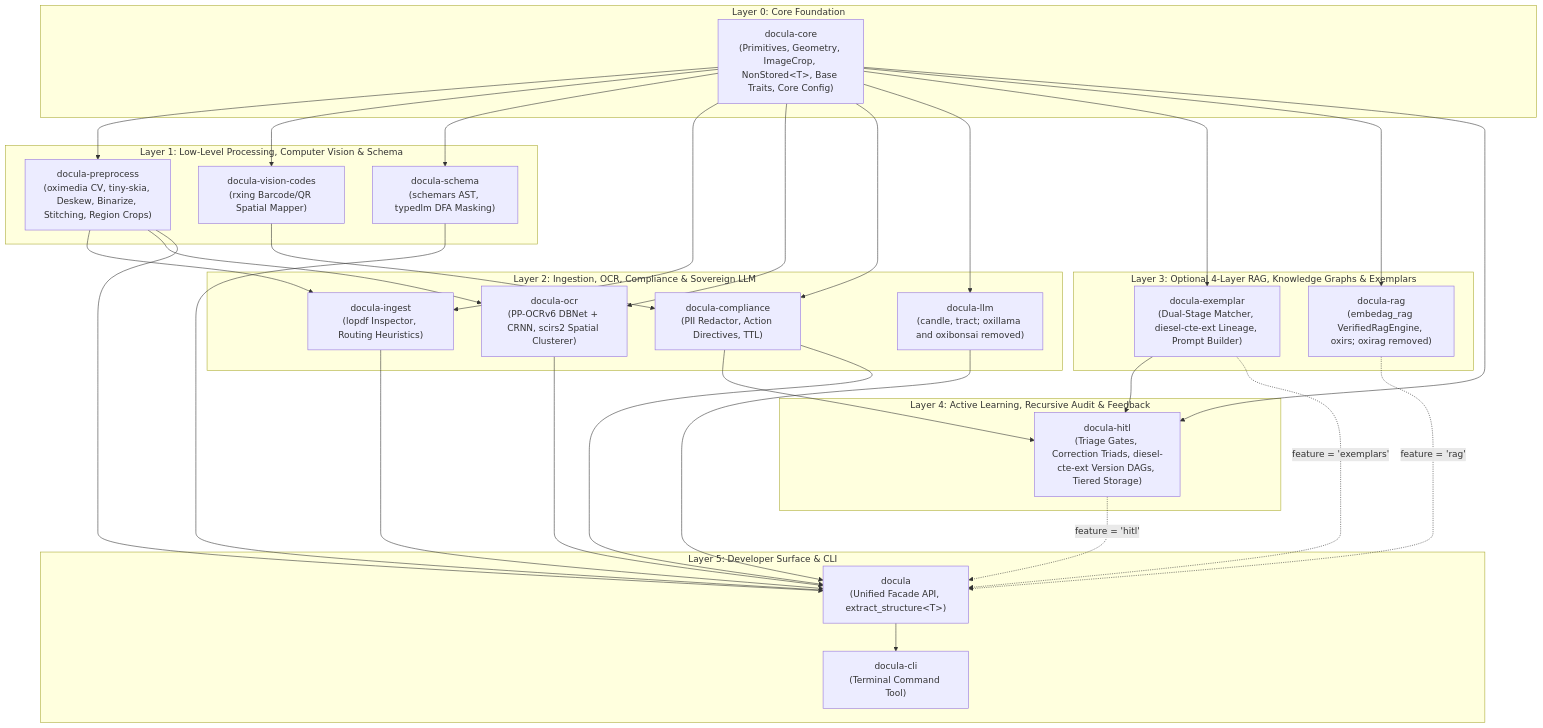
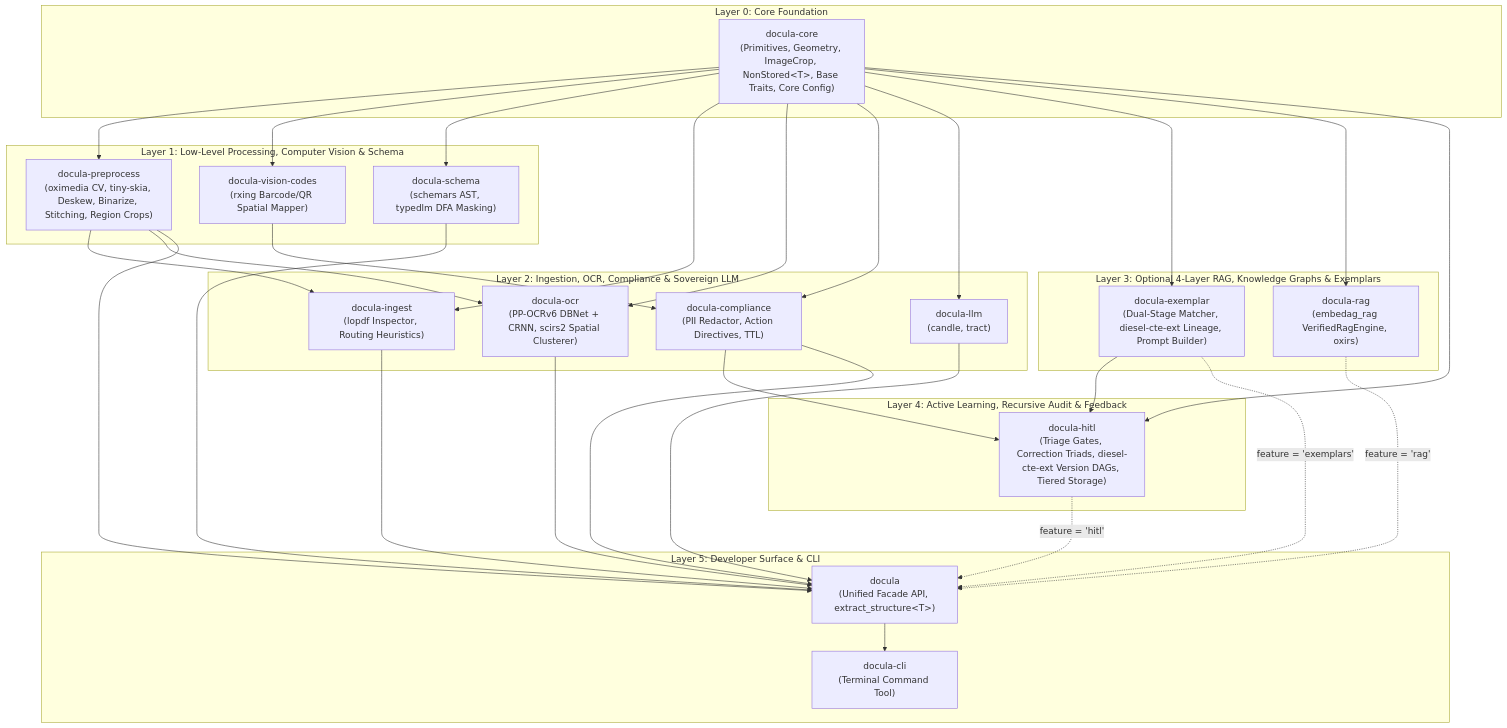
The diagram in docs/02_DESIGN_PATTERNS_AND_ARCHITECTURE.md (yasuomaidana/docula), drawn with Mermaid before and after one commit. The commit also changed other lines of this file and 16 other files, not shown here.

Commit message:
[DOCULA-45] docs: drop removed oxirag/oxillama/oxibonsai from status and specs

````diff
--- a/docs/02_DESIGN_PATTERNS_AND_ARCHITECTURE.md
+++ b/docs/02_DESIGN_PATTERNS_AND_ARCHITECTURE.md
@@ -13,59 +13,59 @@
 ```mermaid
 flowchart TD
     subgraph Layer0["Layer 0: Core Foundation"]
         CORE["docula-core<br/>(Primitives, Geometry, ImageCrop, NonStored&lt;T&gt;, Base Traits, Core Config)"]
     end
 
     subgraph Layer1["Layer 1: Low-Level Processing, Computer Vision & Schema"]
         PRE["docula-preprocess<br/>(oximedia CV, tiny-skia, Deskew, Binarize, Stitching, Region Crops)"]
         CODES["docula-vision-codes<br/>(rxing Barcode/QR Spatial Mapper)"]
         SCHEMA["docula-schema<br/>(schemars AST, typedlm DFA Masking)"]
     end
 
     subgraph Layer2["Layer 2: Ingestion, OCR, Compliance & Sovereign LLM"]
         INGEST["docula-ingest<br/>(lopdf Inspector, Routing Heuristics)"]
         OCR["docula-ocr<br/>(PP-OCRv6 DBNet + CRNN, scirs2 Spatial Clusterer)"]
         COMP["docula-compliance<br/>(PII Redactor, Action Directives, TTL)"]
-        LLM["docula-llm<br/>(candle, tract; oxillama and oxibonsai removed)"]
+        LLM["docula-llm<br/>(candle, tract)"]
     end
 
     subgraph Layer3["Layer 3: Optional 4-Layer RAG, Knowledge Graphs & Exemplars"]
         EXEMPLAR["docula-exemplar<br/>(Dual-Stage Matcher, diesel-cte-ext Lineage, Prompt Builder)"]
-        RAG["docula-rag<br/>(embedag_rag VerifiedRagEngine, oxirs; oxirag removed)"]
+        RAG["docula-rag<br/>(embedag_rag VerifiedRagEngine, oxirs)"]
     end
 
     subgraph Layer4["Layer 4: Active Learning, Recursive Audit & Feedback"]
         HITL["docula-hitl<br/>(Triage Gates, Correction Triads, diesel-cte-ext Version DAGs, Tiered Storage)"]
     end
 
     subgraph Layer5["Layer 5: Developer Surface & CLI"]
         FACADE["docula<br/>(Unified Facade API, extract_structure&lt;T&gt;)"]
         CLI["docula-cli<br/>(Terminal Command Tool)"]
     end
 
     CORE --> PRE
     CORE --> CODES
     CORE --> SCHEMA
     CORE --> INGEST
     PRE --> INGEST
     CORE --> OCR
     PRE --> OCR
     CORE --> COMP
     CODES --> COMP
     CORE --> LLM
     CORE --> EXEMPLAR
     CORE --> RAG
     CORE --> HITL
     EXEMPLAR --> HITL
     COMP --> HITL
     INGEST --> FACADE
     PRE --> FACADE
     OCR --> FACADE
     SCHEMA --> FACADE
     LLM --> FACADE
     COMP --> FACADE
     EXEMPLAR -.->|feature = 'exemplars'| FACADE
     RAG -.->|feature = 'rag'| FACADE
     HITL -.->|feature = 'hitl'| FACADE
     FACADE --> CLI
 ```
````
